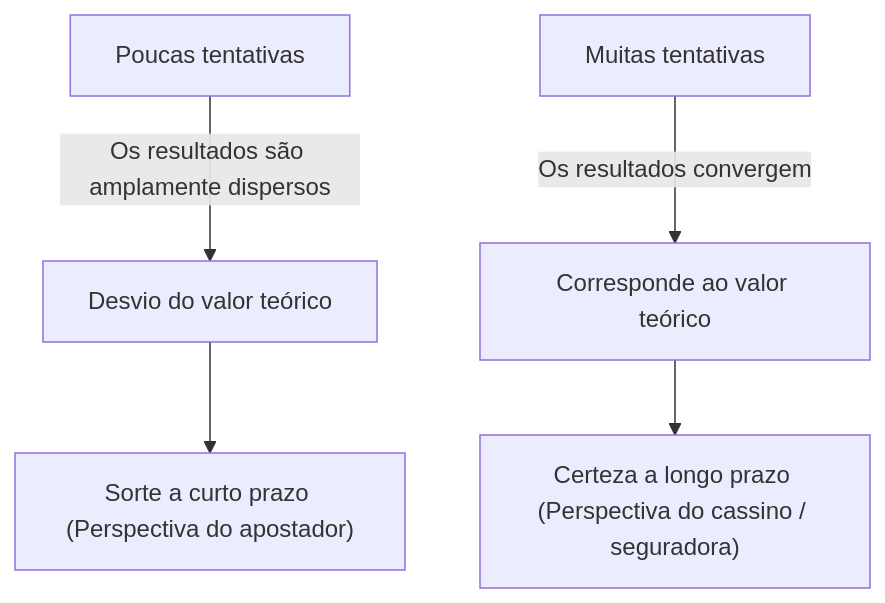
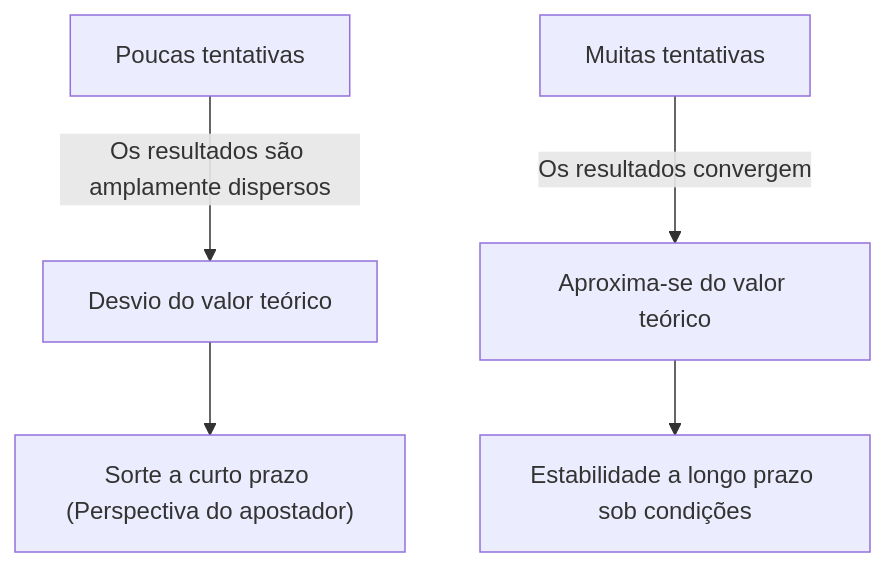
The first of 2 diagrams in content/post/law-of-large-numbers/index.pt.md (kenjinote/blog), drawn with Mermaid before and after one commit. The commit also changed other lines of this file and 12 other files, not shown here.

````diff
--- a/content/post/law-of-large-numbers/index.pt.md
+++ b/content/post/law-of-large-numbers/index.pt.md
@@ -30,7 +30,7 @@
 ```mermaid
 graph TD
     A["Poucas tentativas"] -->|"Os resultados são amplamente dispersos"| B["Desvio do valor teórico"]
-    C["Muitas tentativas"] -->|"Os resultados convergem"| D["Corresponde ao valor teórico"]
+    C["Muitas tentativas"] -->|"Os resultados convergem"| D["Aproxima-se do valor teórico"]
     B --> E["Sorte a curto prazo (Perspectiva do apostador)"]
-    D --> F["Certeza a longo prazo (Perspectiva do cassino / seguradora)"]
+    D --> F["Estabilidade a longo prazo sob condições"]
 ```
````
